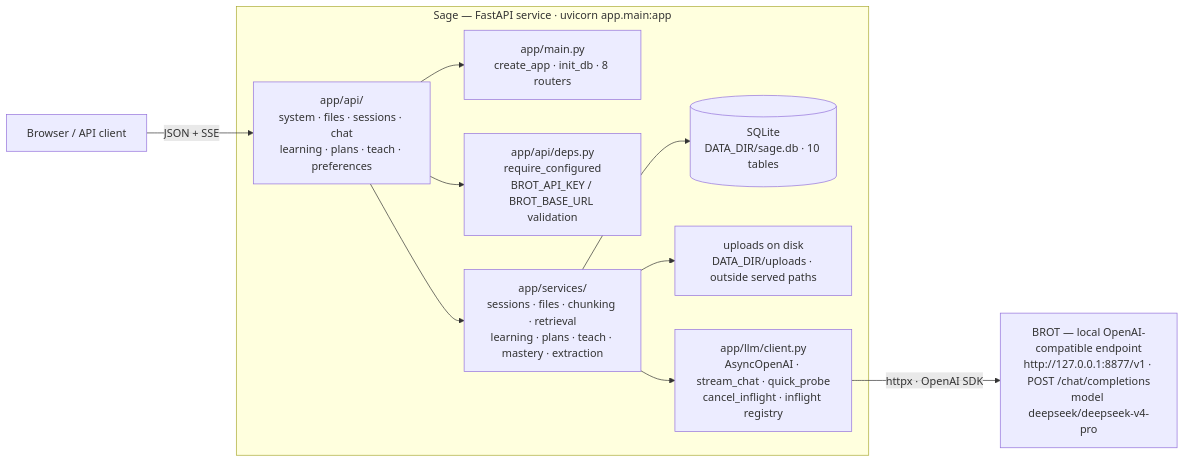
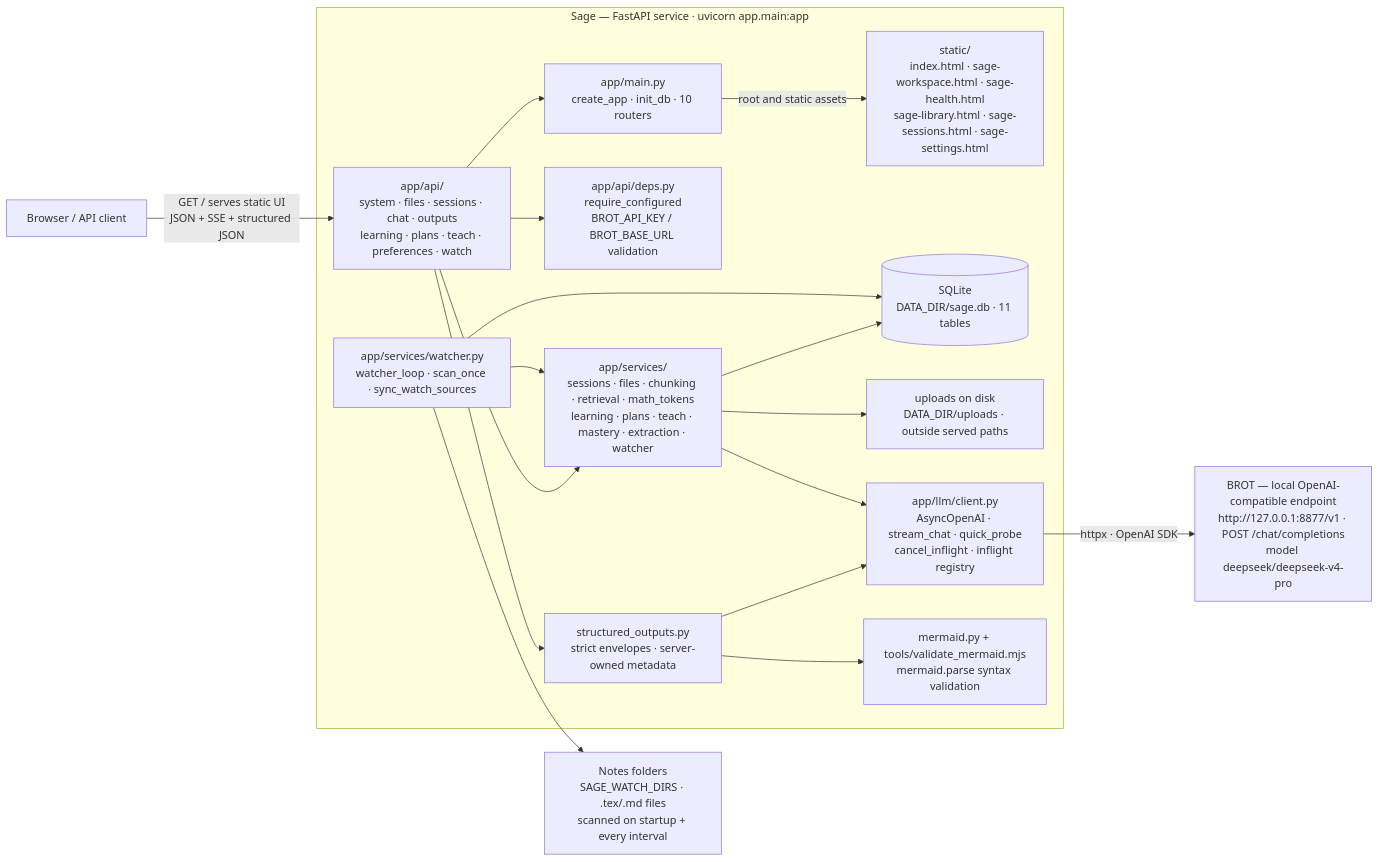
The first of 4 diagrams in README.md (totallynotbrent/Sage), drawn with Mermaid before and after one commit. The commit also changed other lines of this file and 75 other files, not shown here.

Commit message:
validated structured chat outputs: mermaid, to-do lists, quizzes

````diff
--- a/README.md
+++ b/README.md
@@ -81,23 +100,35 @@
 ```mermaid
 flowchart LR
-    CLIENT["Browser / API client"] -->|"JSON + SSE"| API
+    CLIENT["Browser / API client"] -->|"GET / serves static UI<br/>JSON + SSE + structured JSON"| API
     B["BROT — local OpenAI-compatible endpoint<br/>http://127.0.0.1:8877/v1 · POST /chat/completions<br/>model deepseek/deepseek-v4-pro"]
 
     subgraph APP["Sage — FastAPI service · uvicorn app.main:app"]
-        MAIN["app/main.py<br/>create_app · init_db · 8 routers"]
-        API["app/api/<br/>system · files · sessions · chat<br/>learning · plans · teach · preferences"]
+        MAIN["app/main.py<br/>create_app · init_db · 10 routers"]
+        UI["static/<br/>index.html · sage-workspace.html · sage-health.html<br/>sage-library.html · sage-sessions.html · sage-settings.html"]
+        API["app/api/<br/>system · files · sessions · chat · outputs<br/>learning · plans · teach · preferences · watch"]
         DEPS["app/api/deps.py<br/>require_configured<br/>BROT_API_KEY / BROT_BASE_URL validation"]
-        SVC["app/services/<br/>sessions · files · chunking · retrieval<br/>learning · plans · teach · mastery · extraction"]
-        DB[("SQLite<br/>DATA_DIR/sage.db · 10 tables")]
+        SVC["app/services/<br/>sessions · files · chunking · retrieval · math_tokens<br/>learning · plans · teach · mastery · extraction · watcher"]
+        WATCH["app/services/watcher.py<br/>watcher_loop · scan_once · sync_watch_sources"]
+        DB[("SQLite<br/>DATA_DIR/sage.db · 11 tables")]
         UP["uploads on disk<br/>DATA_DIR/uploads · outside served paths"]
         LLM["app/llm/client.py<br/>AsyncOpenAI · stream_chat · quick_probe<br/>cancel_inflight · inflight registry"]
+        STRUCT["structured_outputs.py<br/>strict envelopes · server-owned metadata"]
+        MERMAID["mermaid.py + tools/validate_mermaid.mjs<br/>mermaid.parse syntax validation"]
     end
+    NOTES["Notes folders<br/>SAGE_WATCH_DIRS · .tex/.md files<br/>scanned on startup + every interval"]
 
     API --> MAIN
+    MAIN -->|"root and static assets"| UI
     API --> DEPS
     API --> SVC
+    API --> STRUCT
+    STRUCT --> MERMAID
+    STRUCT --> LLM
     SVC --> DB
     SVC --> UP
     SVC --> LLM
+    WATCH --> NOTES
+    WATCH --> DB
+    WATCH --> SVC
     LLM -->|"httpx · OpenAI SDK"| B
 ```
````
